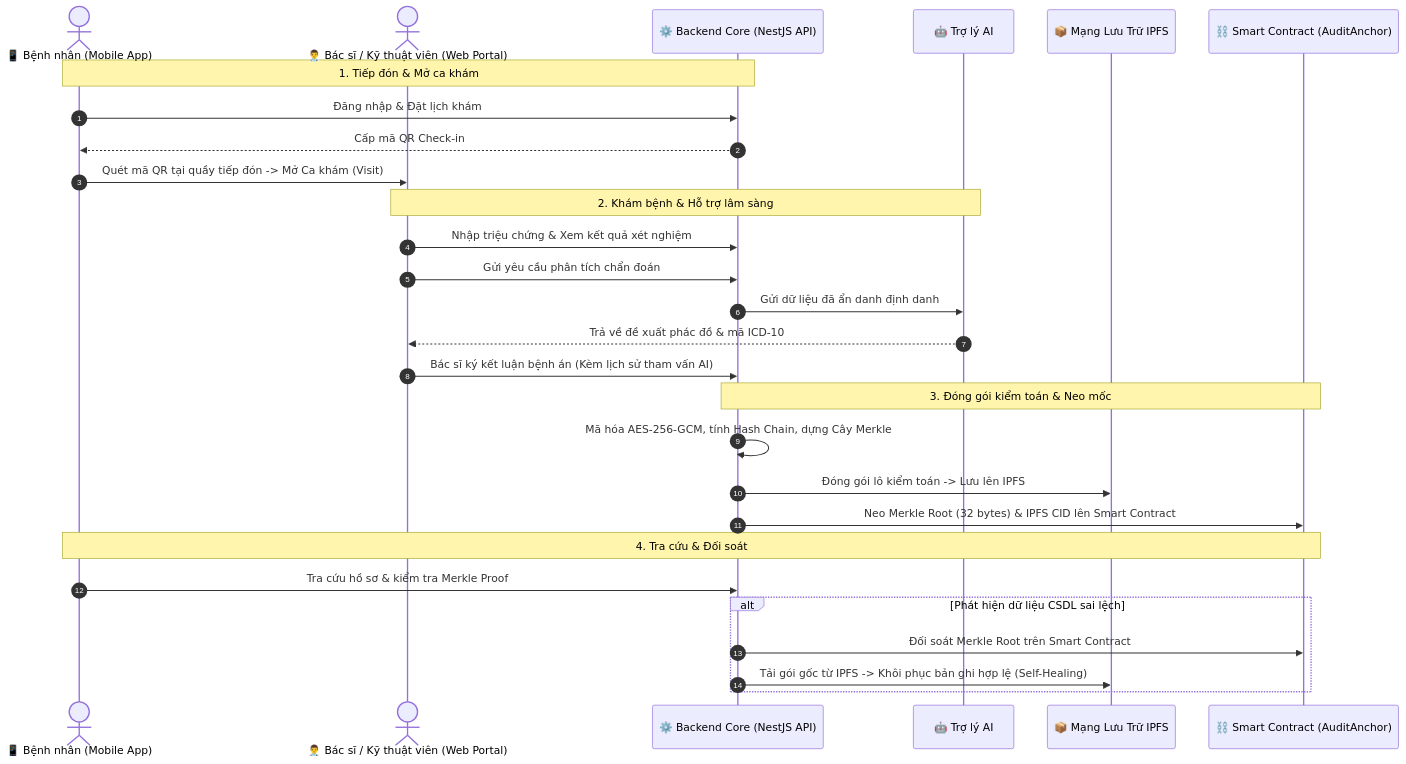
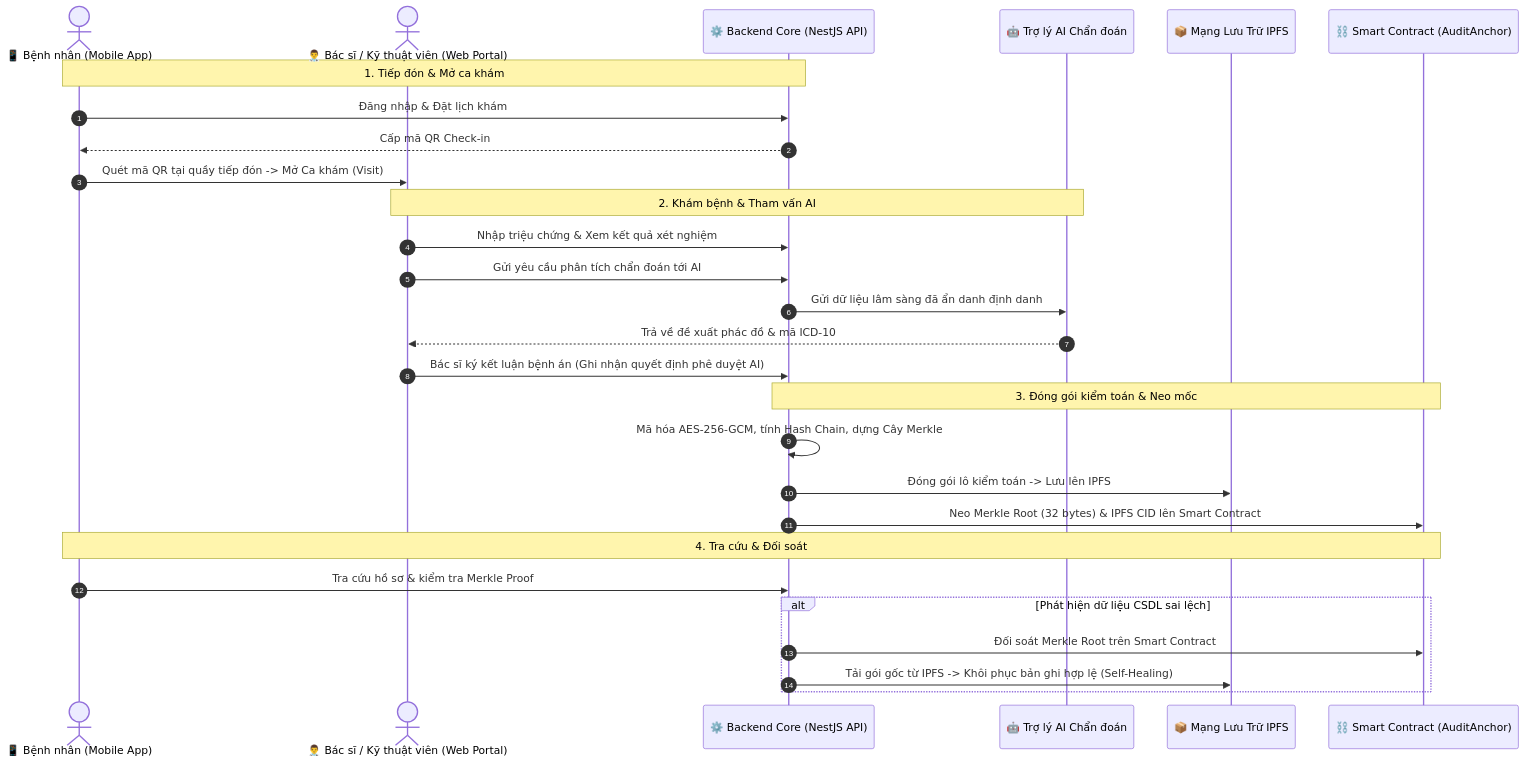
The second of 2 diagrams in README.md (duc19092005/KLTN), drawn with Mermaid before and after one commit. The commit also changed other lines of this file and 1 other file, not shown here.

````diff
--- a/README.md
+++ b/README.md
@@ -126,34 +129,34 @@
 ```mermaid
 sequenceDiagram
     autonumber
     actor P as 📱 Bệnh nhân (Mobile App)
     actor D as 👨‍⚕️ Bác sĩ / Kỹ thuật viên (Web Portal)
     participant API as ⚙️ Backend Core (NestJS API)
-    participant AI as 🤖 Trợ lý AI
+    participant AI as 🤖 Trợ lý AI Chẩn đoán
     participant IPFS as 📦 Mạng Lưu Trữ IPFS
     participant SC as ⛓️ Smart Contract (AuditAnchor)
 
     Note over P,API: 1. Tiếp đón & Mở ca khám
     P->>API: Đăng nhập & Đặt lịch khám
     API-->>P: Cấp mã QR Check-in
     P->>D: Quét mã QR tại quầy tiếp đón -> Mở Ca khám (Visit)
 
-    Note over D,AI: 2. Khám bệnh & Hỗ trợ lâm sàng
+    Note over D,AI: 2. Khám bệnh & Tham vấn AI
     D->>API: Nhập triệu chứng & Xem kết quả xét nghiệm
-    D->>API: Gửi yêu cầu phân tích chẩn đoán
-    API->>AI: Gửi dữ liệu đã ẩn danh định danh
+    D->>API: Gửi yêu cầu phân tích chẩn đoán tới AI
+    API->>AI: Gửi dữ liệu lâm sàng đã ẩn danh định danh
     AI-->>D: Trả về đề xuất phác đồ & mã ICD-10
-    D->>API: Bác sĩ ký kết luận bệnh án (Kèm lịch sử tham vấn AI)
+    D->>API: Bác sĩ ký kết luận bệnh án (Ghi nhận quyết định phê duyệt AI)
 
     Note over API,SC: 3. Đóng gói kiểm toán & Neo mốc
     API->>API: Mã hóa AES-256-GCM, tính Hash Chain, dựng Cây Merkle
     API->>IPFS: Đóng gói lô kiểm toán -> Lưu lên IPFS
     API->>SC: Neo Merkle Root (32 bytes) & IPFS CID lên Smart Contract
 
     Note over P,SC: 4. Tra cứu & Đối soát
     P->>API: Tra cứu hồ sơ & kiểm tra Merkle Proof
     alt Phát hiện dữ liệu CSDL sai lệch
         API->>SC: Đối soát Merkle Root trên Smart Contract
         API->>IPFS: Tải gói gốc từ IPFS -> Khôi phục bản ghi hợp lệ (Self-Healing)
     end
 ```
````
